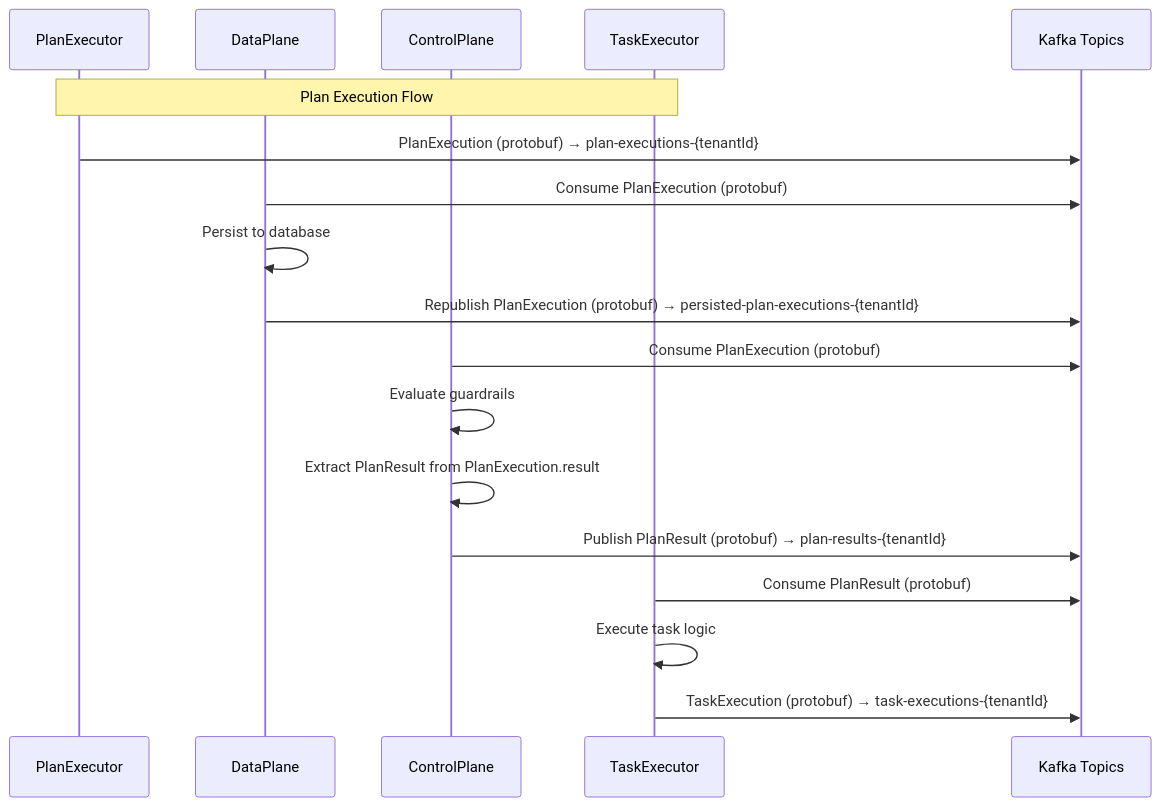
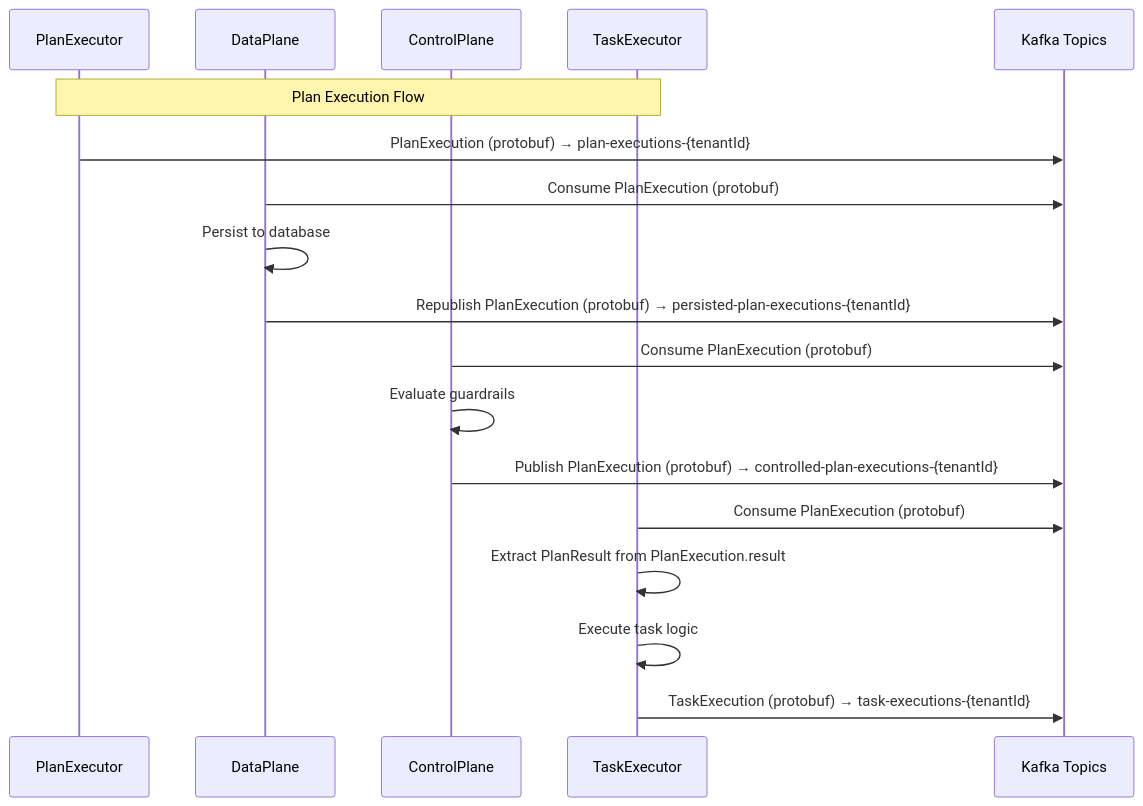
One commit to paul-callahan/scalable-agent-framework changed the third of 3 diagrams in docs/DataFlow.md. Above: the diagram before and after it, drawn with Mermaid. The commit also changed other lines of this file and 23 other files, not shown here.

````diff
--- a/docs/DataFlow.md
+++ b/docs/DataFlow.md
@@ -87,22 +87,22 @@
 ```mermaid
 sequenceDiagram
     participant PE as PlanExecutor
     participant DP as DataPlane
     participant CP as ControlPlane
     participant TE as TaskExecutor
     participant K as Kafka Topics
 
     Note over PE,TE: Plan Execution Flow
 
     PE->>K: PlanExecution (protobuf) → plan-executions-{tenantId}
     DP->>K: Consume PlanExecution (protobuf)
     DP->>DP: Persist to database
     DP->>K: Republish PlanExecution (protobuf) → persisted-plan-executions-{tenantId}
     CP->>K: Consume PlanExecution (protobuf)
     CP->>CP: Evaluate guardrails
-    CP->>CP: Extract PlanResult from PlanExecution.result
-    CP->>K: Publish PlanResult (protobuf) → plan-results-{tenantId}
-    TE->>K: Consume PlanResult (protobuf)
+    CP->>K: Publish PlanExecution (protobuf) → controlled-plan-executions-{tenantId}
+    TE->>K: Consume PlanExecution (protobuf)
+    TE->>TE: Extract PlanResult from PlanExecution.result
     TE->>TE: Execute task logic
     TE->>K: TaskExecution (protobuf) → task-executions-{tenantId}
 ```
````
